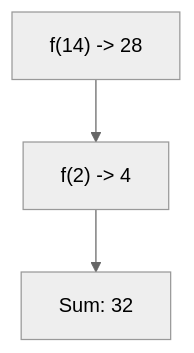
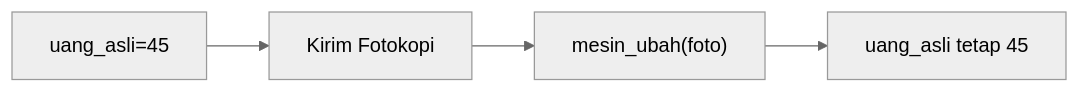
The third of 25 diagrams in part-c-pemahaman-cpp/04-fungsi/latihan/set-01.md (amnahwaida/OSNK_INF_PREP), drawn with Mermaid (neutral theme) before and after one commit. The commit also changed other lines of this file and 71 other files, not shown here.

````diff
--- a/part-c-pemahaman-cpp/04-fungsi/latihan/set-01.md
+++ b/part-c-pemahaman-cpp/04-fungsi/latihan/set-01.md
@@ -74,5 +77,6 @@
 ```mermaid
-graph TD
-A["f(14) -> 28"] --> B["f(2) -> 4"]
-B --> C["Sum: 32"]
+graph LR
+A["uang_asli=45"] --> B["Kirim Fotokopi"]
+B --> C["mesin_ubah(foto)"]
+C --> D["uang_asli tetap 45"]
 ```
````
